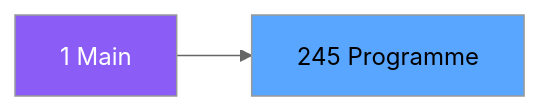
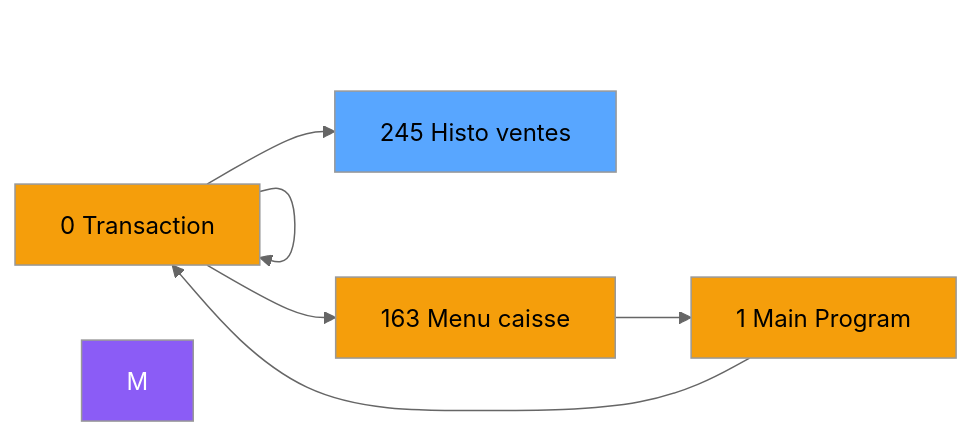
Before and after one commit to thonyAGP/magic-migration: the second of 3 diagrams in .openspec/specs/ADH-IDE-245.md, drawn with Mermaid (neutral theme). The commit also changed other lines of this file and 323 other files, not shown here.

````diff
--- a/.openspec/specs/ADH-IDE-245.md
+++ b/.openspec/specs/ADH-IDE-245.md
@@ -131,8 +157,21 @@
 ```mermaid
 graph LR
-    M[1 Main]
-    T[245 Programme]
-    M --> T
+    N0[0 Transaction ]
+    N0[0 Transaction ]
+    N163[163 Menu caisse ]
+    N1[1 Main Program]
+    N0[0 Transaction ]
+    T[245 Histo ventes]
+    N0 --> N0
+    N0 --> N163
+    N163 --> N1
+    N1 --> N0
+    N0 --> T
     style M fill:#8b5cf6,color:#fff
+    style N0 fill:#f59e0b
+    style N0 fill:#f59e0b
+    style N163 fill:#f59e0b
+    style N1 fill:#f59e0b
+    style N0 fill:#f59e0b
     style T fill:#58a6ff,color:#000
 ```
````
